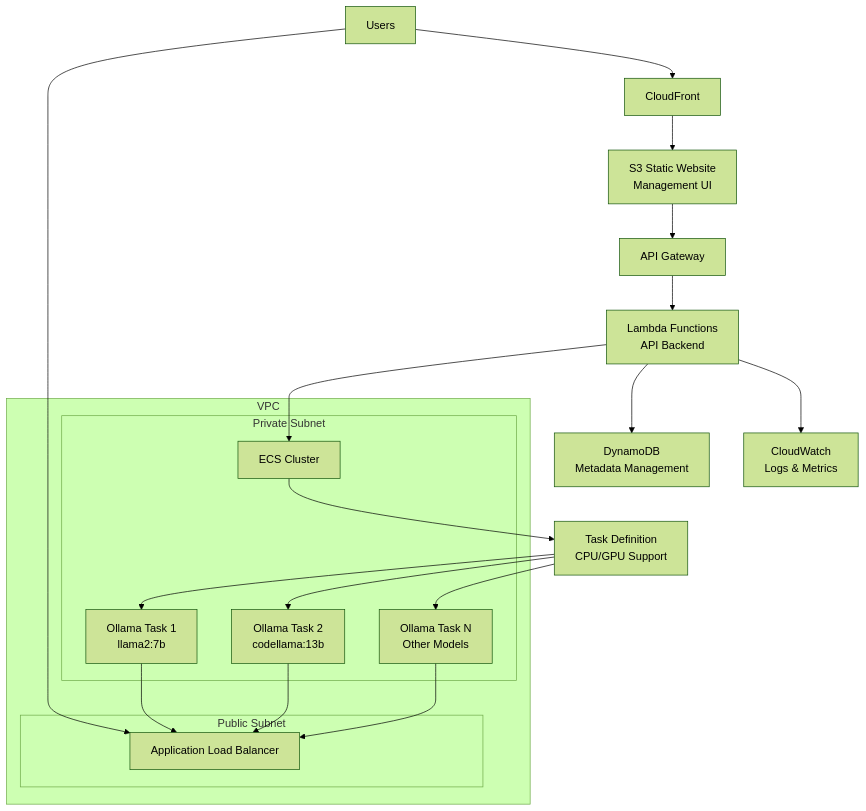
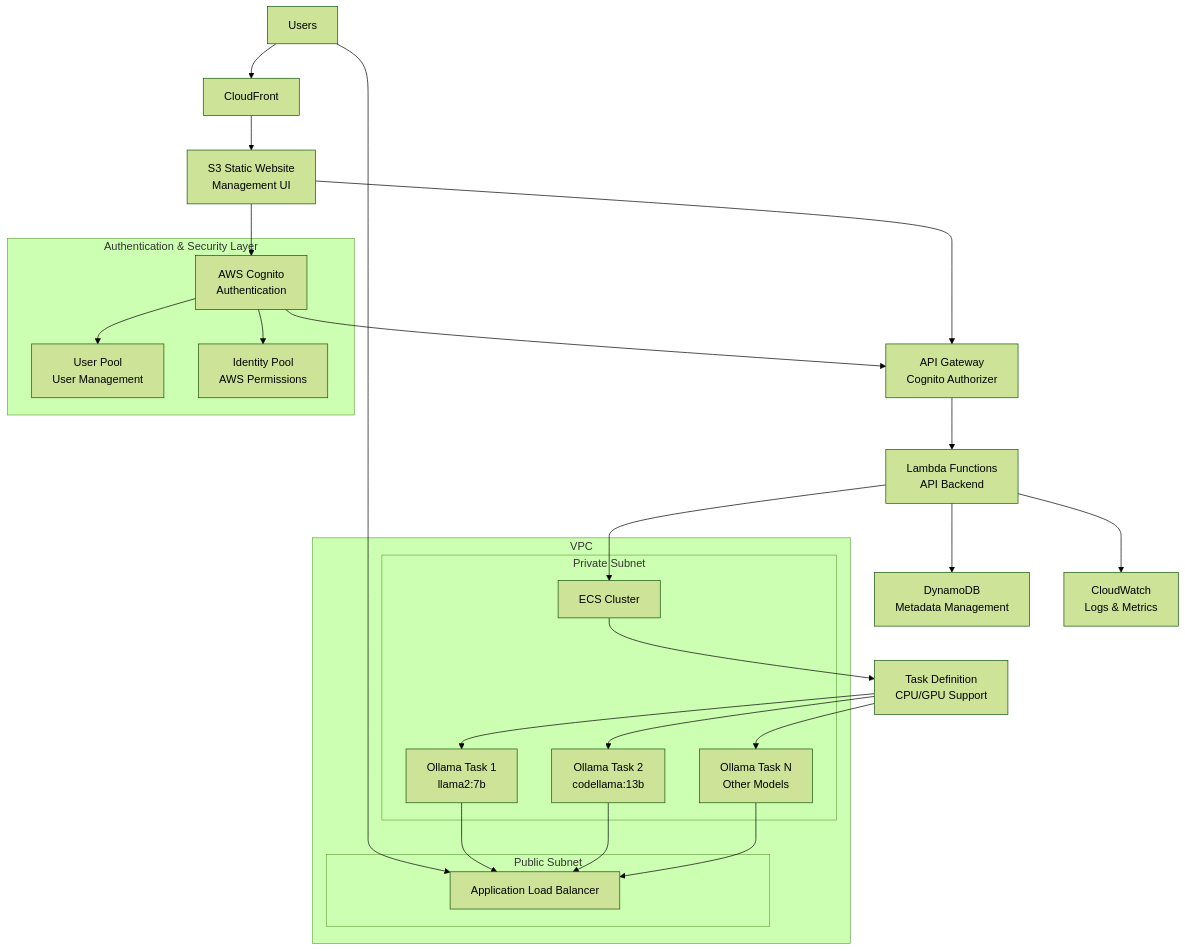
The first of 2 diagrams in README.md (clf13092/aws-ollama-llm-platform), drawn with Mermaid (forest theme) before and after one commit. The commit also changed other lines of this file, not shown here.

Commit message:
Add comprehensive authentication system with AWS Cognito integration

````diff
--- a/README.md
+++ b/README.md
@@ -24,37 +26,49 @@
 ```mermaid
 graph TB
     User[Users] --> CF[CloudFront]
     User --> ALB[Application Load Balancer]
     
     CF --> S3[S3 Static Website<br/>Management UI]
     
-    S3 --> APIGW[API Gateway]
+    S3 --> Cognito[AWS Cognito<br/>Authentication]
+    S3 --> APIGW[API Gateway<br/>Cognito Authorizer]
+    
+    Cognito --> APIGW
     APIGW --> Lambda[Lambda Functions<br/>API Backend]
     
     Lambda --> DDB[DynamoDB<br/>Metadata Management]
     Lambda --> ECS[ECS Cluster]
     
     ECS --> TaskDef[Task Definition<br/>CPU/GPU Support]
     TaskDef --> OllamaTask1[Ollama Task 1<br/>llama2:7b]
     TaskDef --> OllamaTask2[Ollama Task 2<br/>codellama:13b]
     TaskDef --> OllamaTaskN[Ollama Task N<br/>Other Models]
     
     OllamaTask1 --> ALB
     OllamaTask2 --> ALB
     OllamaTaskN --> ALB
     
     Lambda --> CW[CloudWatch<br/>Logs & Metrics]
     
     subgraph VPC[VPC]
         subgraph PublicSubnet[Public Subnet]
             ALB
         end
         
         subgraph PrivateSubnet[Private Subnet]
             ECS
             OllamaTask1
             OllamaTask2
             OllamaTaskN
         end
     end
+    
+    subgraph AuthLayer[Authentication & Security Layer]
+        Cognito
+        UserPool[User Pool<br/>User Management]
+        IdentityPool[Identity Pool<br/>AWS Permissions]
+        
+        Cognito --> UserPool
+        Cognito --> IdentityPool
+    end
 ```
````
